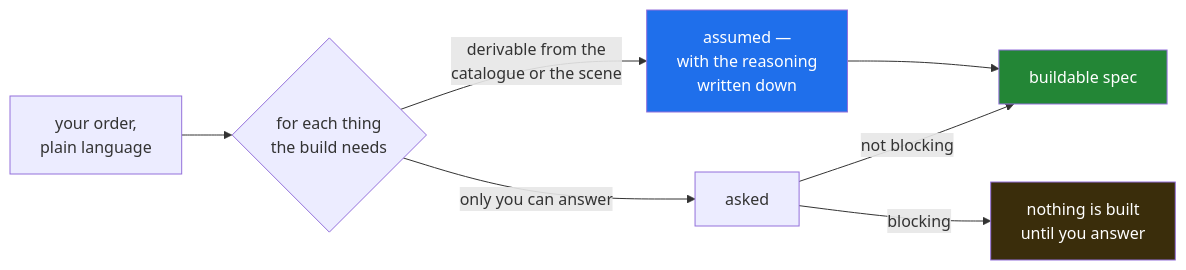
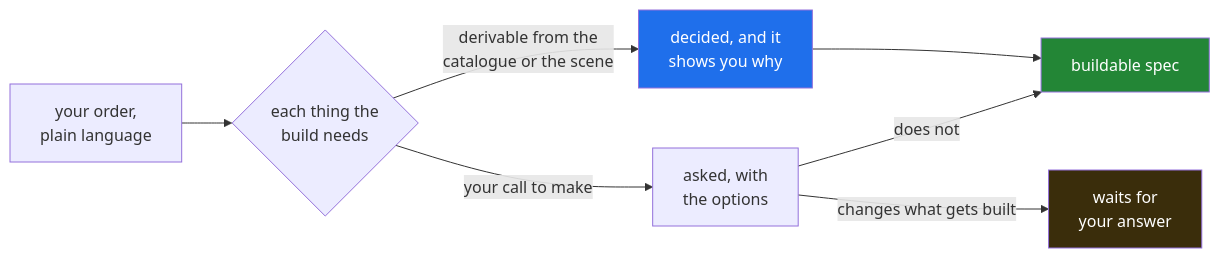
Before and after one commit to antonbj3/VC_Assist: the fourth of 4 diagrams in docs/PRESENTATION_UTKAST.md, drawn with Mermaid. The commit also changed other lines of this file, not shown here.

````diff
--- a/docs/PRESENTATION_UTKAST.md
+++ b/docs/PRESENTATION_UTKAST.md
@@ -195,13 +195,13 @@
 ```mermaid
 flowchart LR
-    O["your order,<br/>plain language"] --> R{"for each thing<br/>the build needs"}
-    R -->|"derivable from the<br/>catalogue or the scene"| A["assumed —<br/>with the reasoning<br/>written down"]
-    R -->|"only you can answer"| Q["asked"]
+    O["your order,<br/>plain language"] --> R{"each thing the<br/>build needs"}
+    R -->|"derivable from the<br/>catalogue or the scene"| A["decided, and it<br/>shows you why"]
+    R -->|"your call to make"| Q["asked, with<br/>the options"]
     A --> B["buildable spec"]
-    Q -->|"blocking"| S["nothing is built<br/>until you answer"]
-    Q -->|"not blocking"| B
+    Q -->|"changes what gets built"| S["waits for<br/>your answer"]
+    Q -->|"does not"| B
 
     style A fill:#1f6feb,color:#fff
     style S fill:#3a2d0b,color:#fff
     style B fill:#238636,color:#fff
 ```
````
